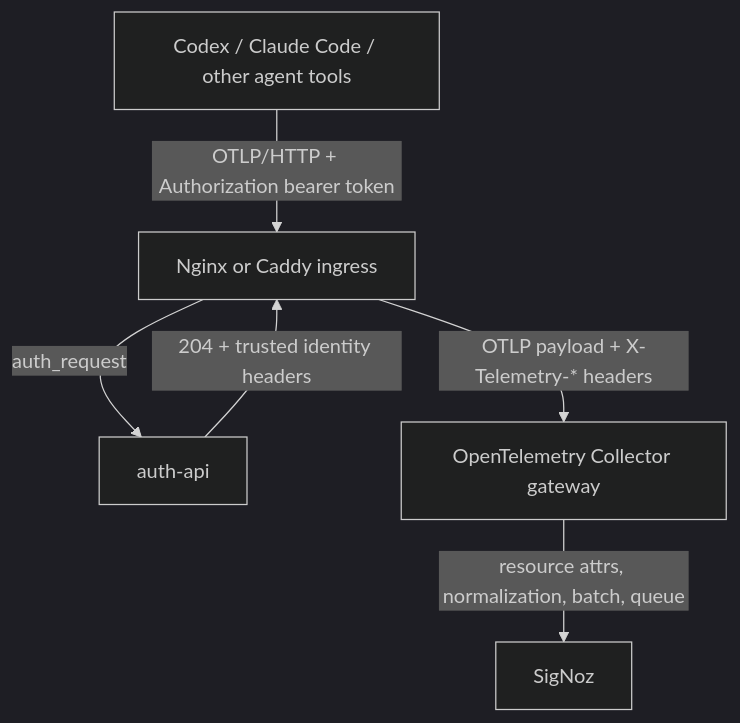
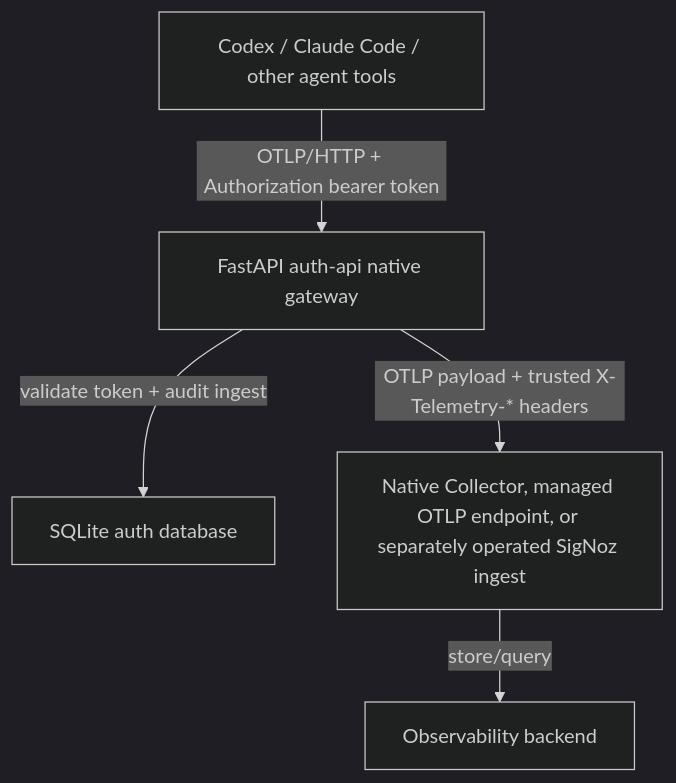
The diagram in docs/architecture.md (sunpar/OpenTelemetry), drawn with Mermaid (dark theme) before and after one commit. The commit also changed other lines of this file and 25 other files, not shown here.

Commit message:
Add native FastAPI OTLP gateway runtime

````diff
--- a/docs/architecture.md
+++ b/docs/architecture.md
@@ -9,8 +9,7 @@
 ```mermaid
 flowchart TD
-  A["Codex / Claude Code / other agent tools"] -->|"OTLP/HTTP + Authorization bearer token"| B["Nginx or Caddy ingress"]
-  B -->|"auth_request"| C["auth-api"]
-  C -->|"204 + trusted identity headers"| B
-  B -->|"OTLP payload + X-Telemetry-* headers"| D["OpenTelemetry Collector gateway"]
-  D -->|"resource attrs, normalization, batch, queue"| E["SigNoz"]
+  A["Codex / Claude Code / other agent tools"] -->|"OTLP/HTTP + Authorization bearer token"| B["FastAPI auth-api native gateway"]
+  B -->|"validate token + audit ingest"| C["SQLite auth database"]
+  B -->|"OTLP payload + trusted X-Telemetry-* headers"| D["Native Collector, managed OTLP endpoint, or separately operated SigNoz ingest"]
+  D -->|"store/query"| E["Observability backend"]
 ```
````
